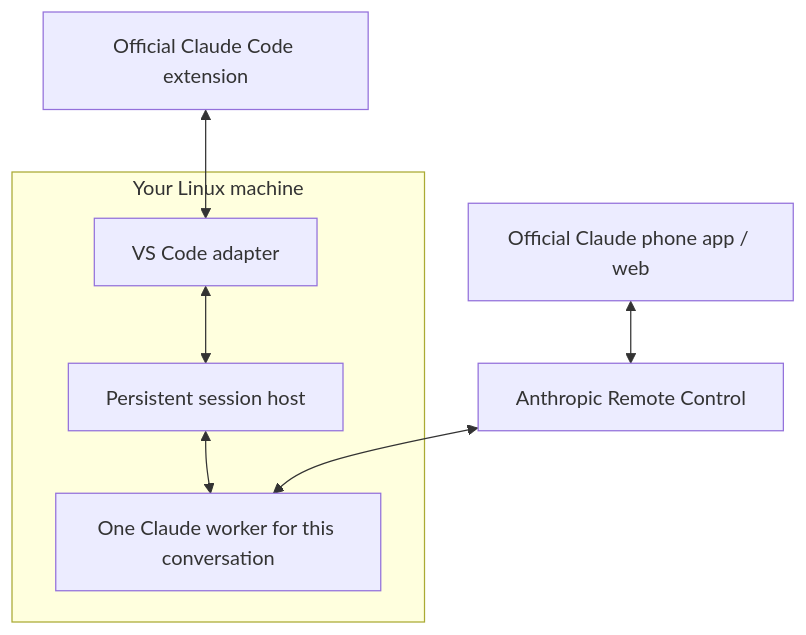
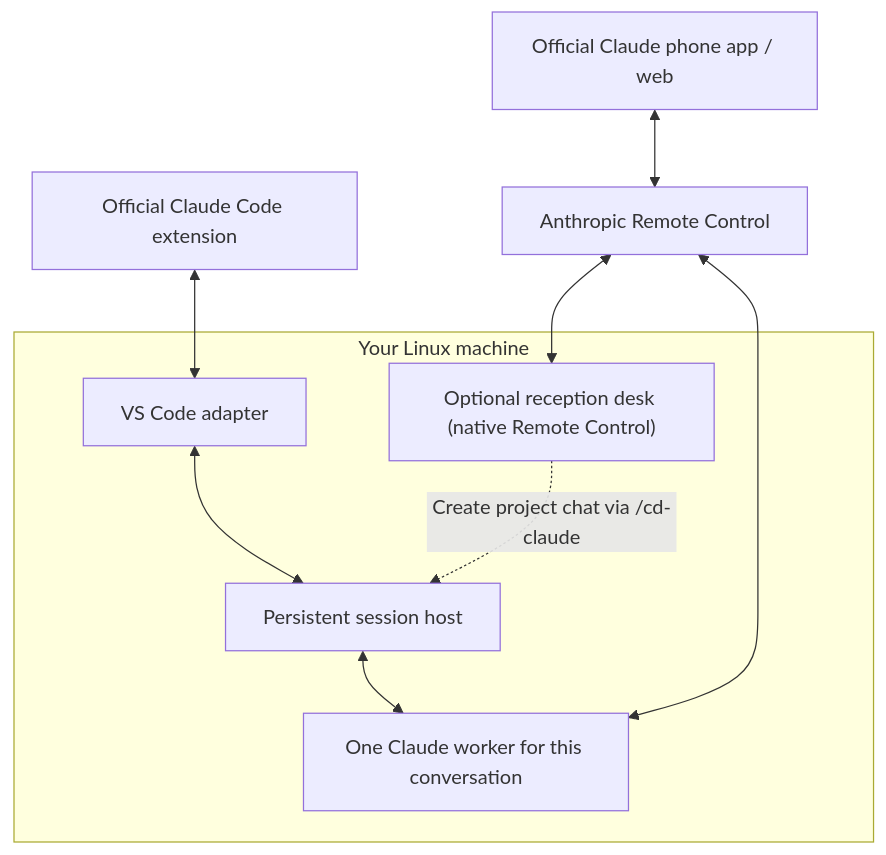
One commit to prithvijaunjale/claude-session-sync changed the diagram in README.md. Above: the diagram before and after it, drawn with Mermaid. The commit also changed other lines of this file and 6 other files, not shown here.

Commit message:
Add optional phone reception desk

````diff
--- a/README.md
+++ b/README.md
@@ -116,18 +133,21 @@
 ```mermaid
 flowchart TB
     V["Official Claude Code extension"]
     P["Official Claude phone app / web"]
     R["Anthropic Remote Control"]
 
     subgraph M["Your Linux machine"]
         A["VS Code adapter"]
         H["Persistent session host"]
         C["One Claude worker for this conversation"]
+        D["Optional reception desk (native Remote Control)"]
         A <--> H
         H <--> C
     end
 
     V <--> A
     P <--> R
     R <--> C
+    R <--> D
+    D -. "Create project chat via /cd-claude" .-> H
 ```
````
